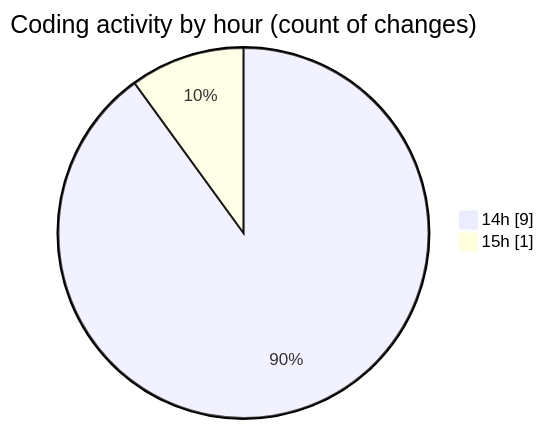
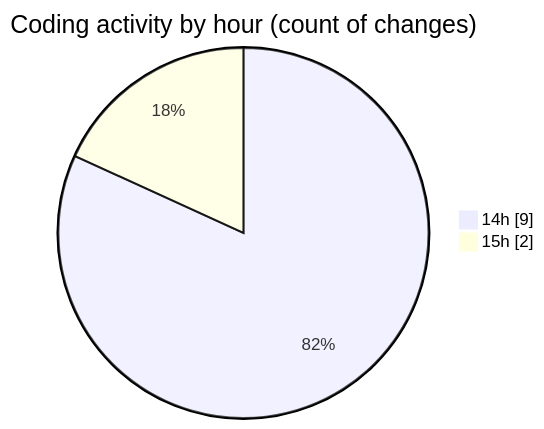
One commit to JenPaints/code-tracking changed the second of 2 diagrams in 2025-05-28/kimberly-groups/README.md. Above: the diagram before and after it, drawn with Mermaid. The commit also changed other lines of this file and 1 other file, not shown here.

````diff
--- a/2025-05-28/kimberly-groups/README.md
+++ b/2025-05-28/kimberly-groups/README.md
@@ -31,6 +32,6 @@
 ```mermaid
 pie showData
 title Coding activity by hour (count of changes)
 "14h" : 9
-"15h" : 1
+"15h" : 2
 ```
````
